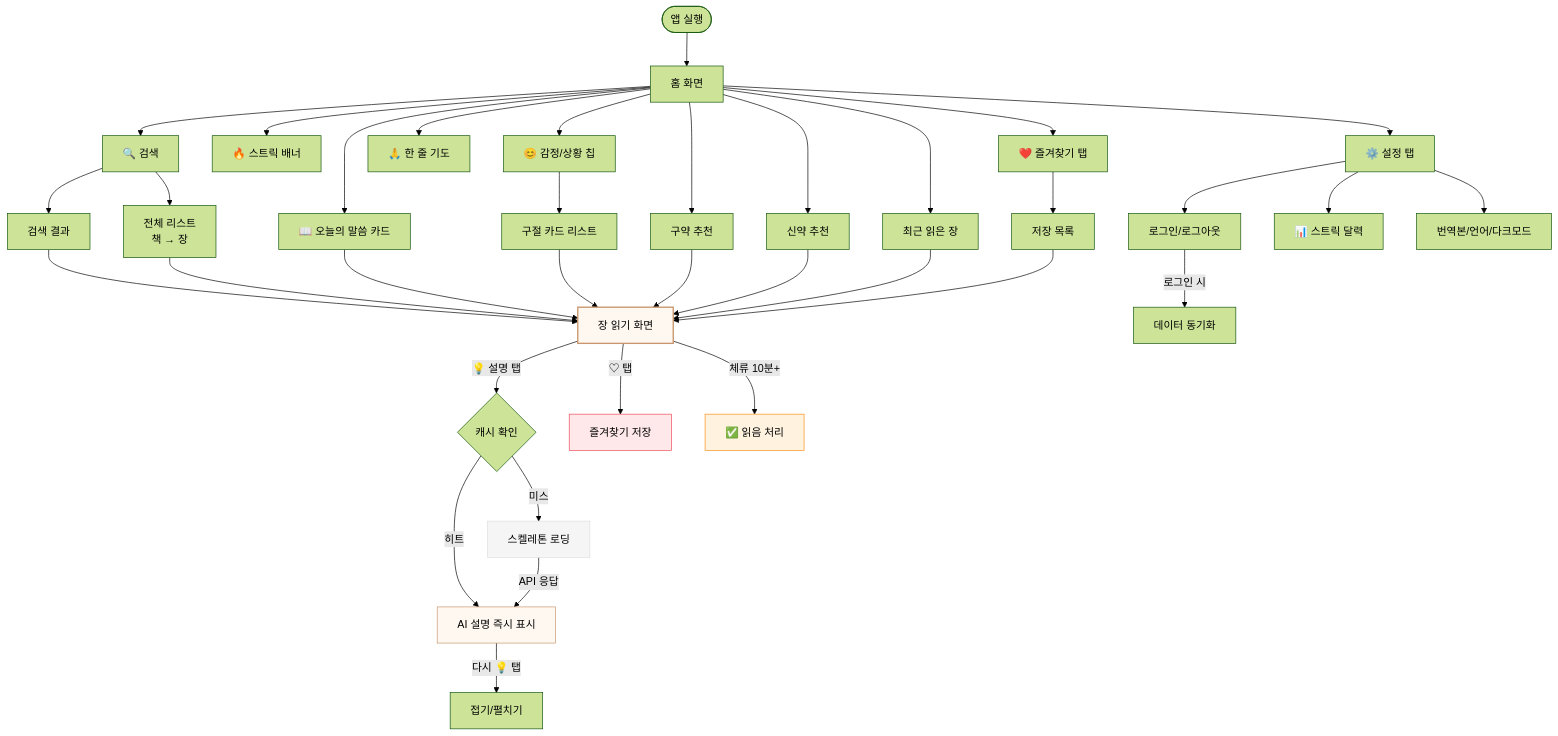
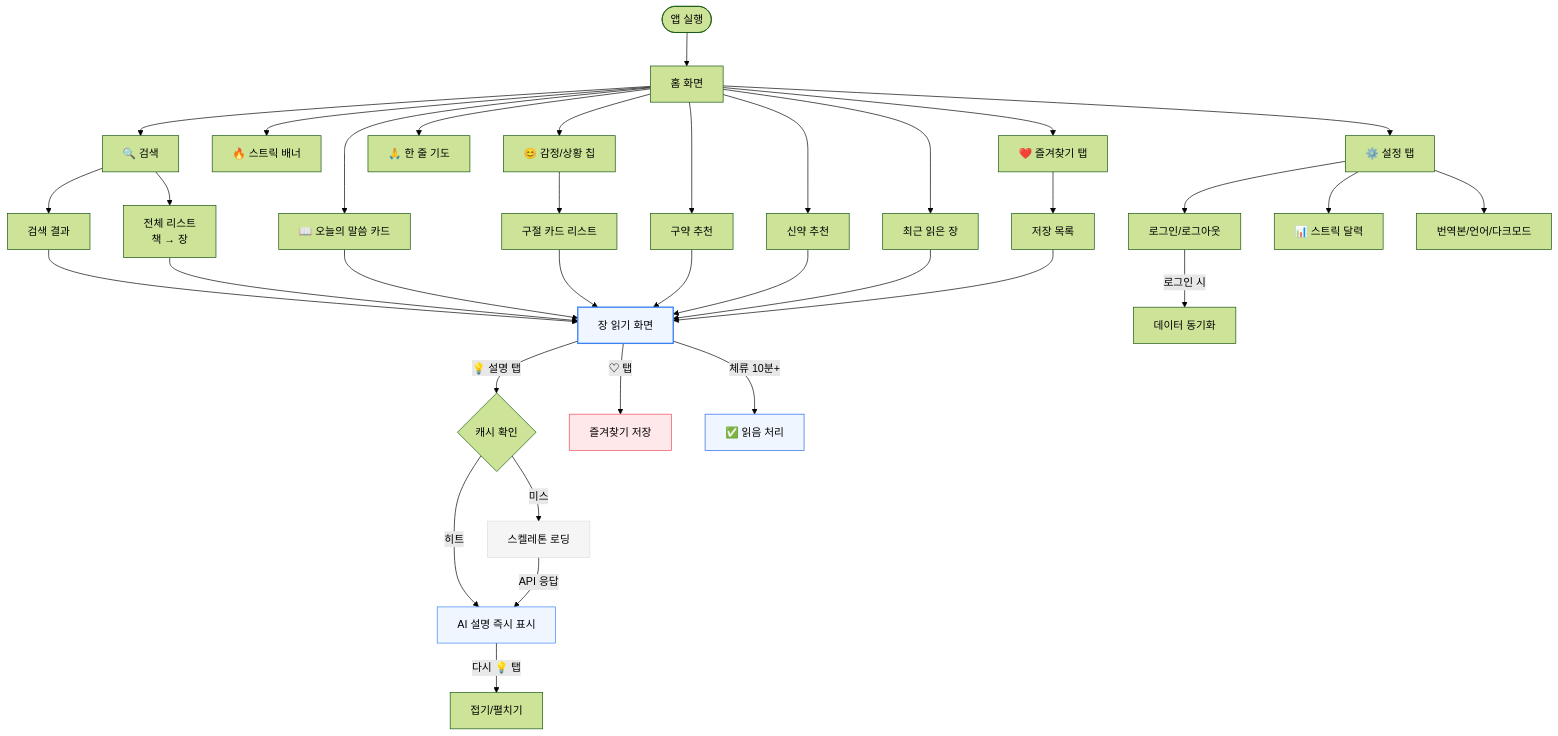
Before and after one commit to jinsikhan/biblessam: the first of 6 diagrams in docs/FLOW.md, drawn with Mermaid (forest theme). The commit also changed other lines of this file and 7 other files, not shown here.

````diff
--- a/docs/FLOW.md
+++ b/docs/FLOW.md
@@ -9,51 +9,51 @@
 ```mermaid
 flowchart TD
     START([앱 실행]) --> HOME[홈 화면]
 
     HOME --> SEARCH[🔍 검색]
     HOME --> STREAK[🔥 스트릭 배너]
     HOME --> DAILY[📖 오늘의 말씀 카드]
     HOME --> EMOTION[😊 감정/상황 칩]
     HOME --> OT_REC[구약 추천]
     HOME --> NT_REC[신약 추천]
     HOME --> RECENT[최근 읽은 장]
     HOME --> PRAYER[🙏 한 줄 기도]
 
     SEARCH --> SEARCH_RESULT[검색 결과]
     SEARCH --> BOOK_LIST[전체 리스트<br/>책 → 장]
     SEARCH_RESULT --> READER
     BOOK_LIST --> READER
 
     DAILY --> READER[장 읽기 화면]
     EMOTION --> VERSE_LIST[구절 카드 리스트]
     VERSE_LIST --> READER
     OT_REC --> READER
     NT_REC --> READER
     RECENT --> READER
 
     READER --> |💡 설명 탭| AI_CALL{캐시 확인}
     AI_CALL --> |히트| AI_SHOW[AI 설명 즉시 표시]
     AI_CALL --> |미스| AI_LOADING[스켈레톤 로딩]
     AI_LOADING --> |API 응답| AI_SHOW
     AI_SHOW --> |다시 💡 탭| AI_TOGGLE[접기/펼치기]
 
     READER --> |♡ 탭| FAV_ADD[즐겨찾기 저장]
     READER --> |체류 10분+| STREAK_DONE[✅ 읽음 처리]
 
     HOME --> TAB_FAV[❤️ 즐겨찾기 탭]
     TAB_FAV --> FAV_LIST[저장 목록]
     FAV_LIST --> READER
 
     HOME --> TAB_SET[⚙️ 설정 탭]
     TAB_SET --> LOGIN[로그인/로그아웃]
     TAB_SET --> CALENDAR[📊 스트릭 달력]
     TAB_SET --> PREFS[번역본/언어/다크모드]
 
     LOGIN --> |로그인 시| SYNC[데이터 동기화]
 
-    style READER fill:#FFF8F0,stroke:#C8956C,stroke-width:2px
-    style AI_SHOW fill:#FFF8F0,stroke:#C8956C
+    style READER fill:#EFF6FF,stroke:#3B82F6,stroke-width:2px
+    style AI_SHOW fill:#EFF6FF,stroke:#3B82F6
     style AI_LOADING fill:#F5F5F5,stroke:#DDD
-    style STREAK_DONE fill:#FFF3E0,stroke:#FD8D14
+    style STREAK_DONE fill:#EFF6FF,stroke:#2563EB
     style FAV_ADD fill:#FFE8EA,stroke:#ED4956
 ```
````
